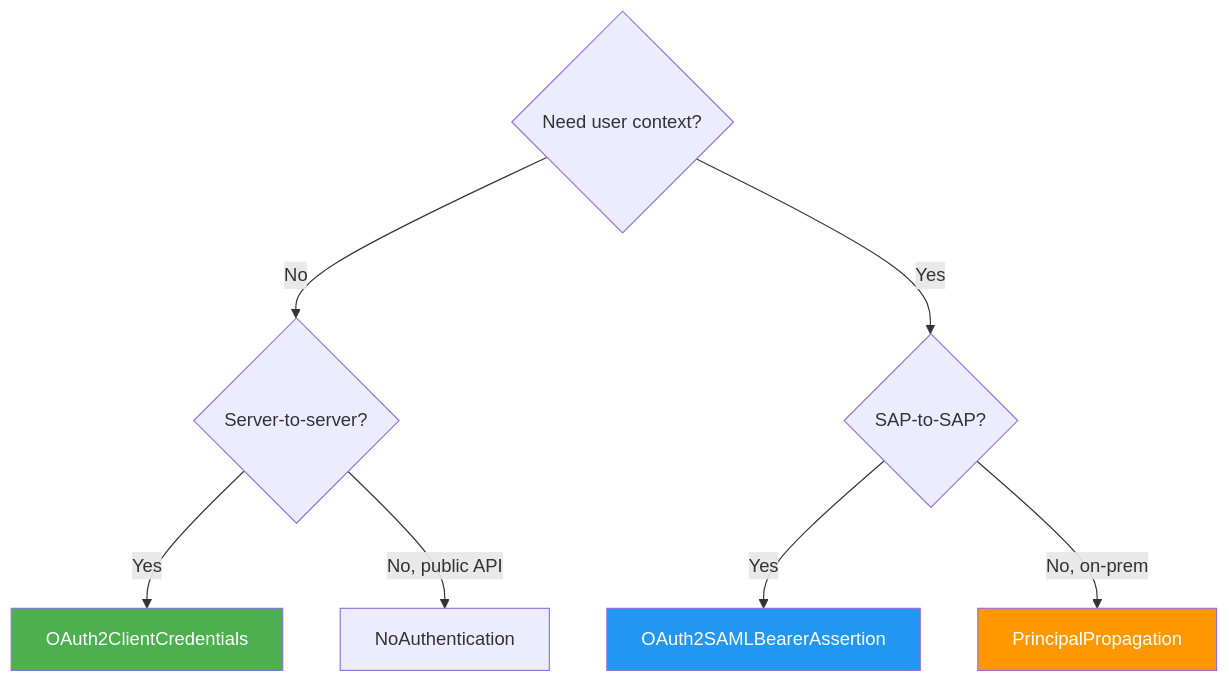
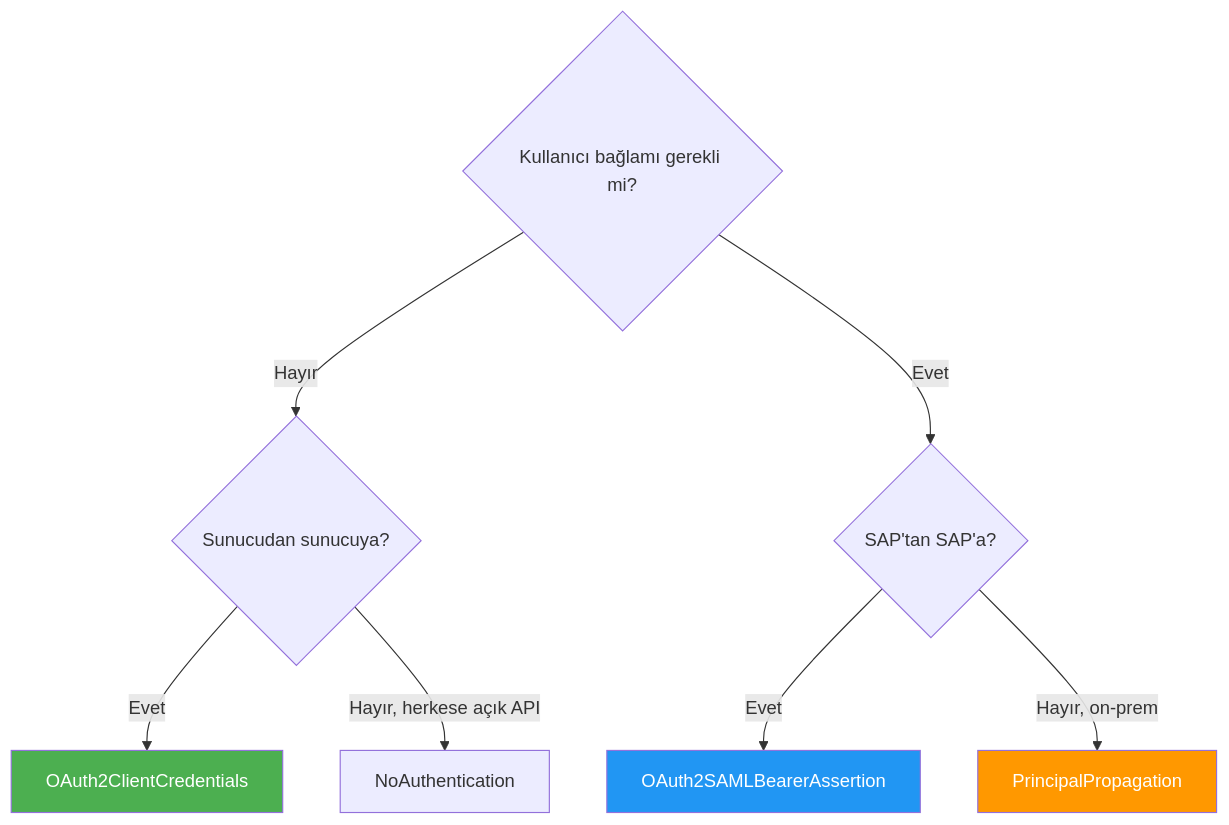
Before and after one commit to beyhanmeyrali/sap-all: the fifth of 5 diagrams in Technical Tutorials/BTP/TR/chapters/appendix-a-reference-tables.md, drawn with Mermaid. The commit also changed other lines of this file and 11 other files, not shown here.

````diff
--- a/Technical Tutorials/BTP/TR/chapters/appendix-a-reference-tables.md
+++ b/Technical Tutorials/BTP/TR/chapters/appendix-a-reference-tables.md
@@ -192,16 +192,16 @@
 ```mermaid
 flowchart TD
-    Q1{Need user context?}
-    Q1 --> |"No"| Q2{Server-to-server?}
-    Q1 --> |"Yes"| Q3{SAP-to-SAP?}
+    Q1{Kullanıcı bağlamı gerekli mi?}
+    Q1 --> |"Hayır"| Q2{Sunucudan sunucuya?}
+    Q1 --> |"Evet"| Q3{SAP'tan SAP'a?}
 
-    Q2 --> |"Yes"| OAUTH[OAuth2ClientCredentials]
-    Q2 --> |"No, public API"| NOAUTH[NoAuthentication]
+    Q2 --> |"Evet"| OAUTH[OAuth2ClientCredentials]
+    Q2 --> |"Hayır, herkese açık API"| NOAUTH[NoAuthentication]
 
-    Q3 --> |"Yes"| SAML[OAuth2SAMLBearerAssertion]
-    Q3 --> |"No, on-prem"| PP[PrincipalPropagation]
+    Q3 --> |"Evet"| SAML[OAuth2SAMLBearerAssertion]
+    Q3 --> |"Hayır, on-prem"| PP[PrincipalPropagation]
 
     style OAUTH fill:#4CAF50,color:white
     style SAML fill:#2196F3,color:white
     style PP fill:#FF9800,color:white
 ```
````
